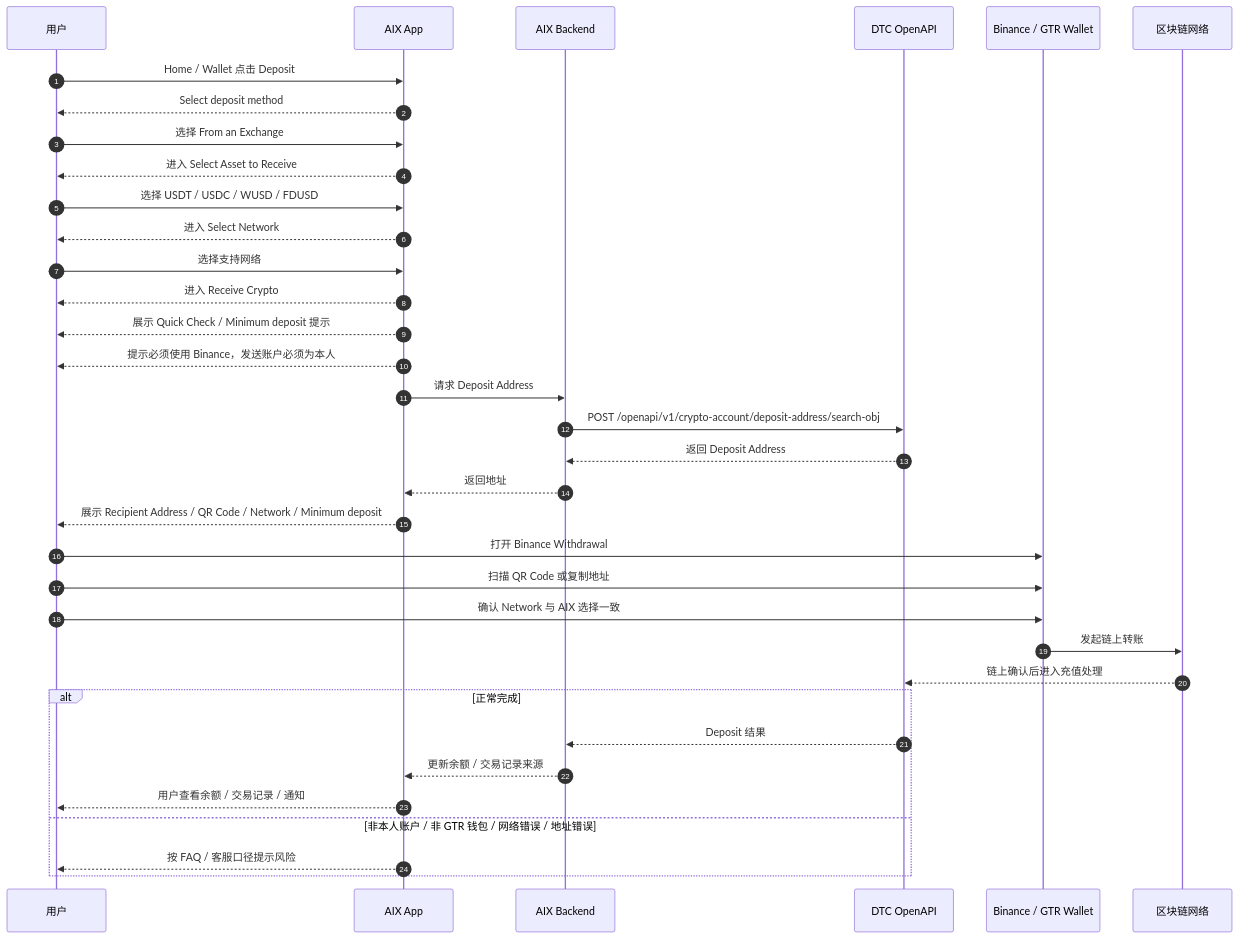
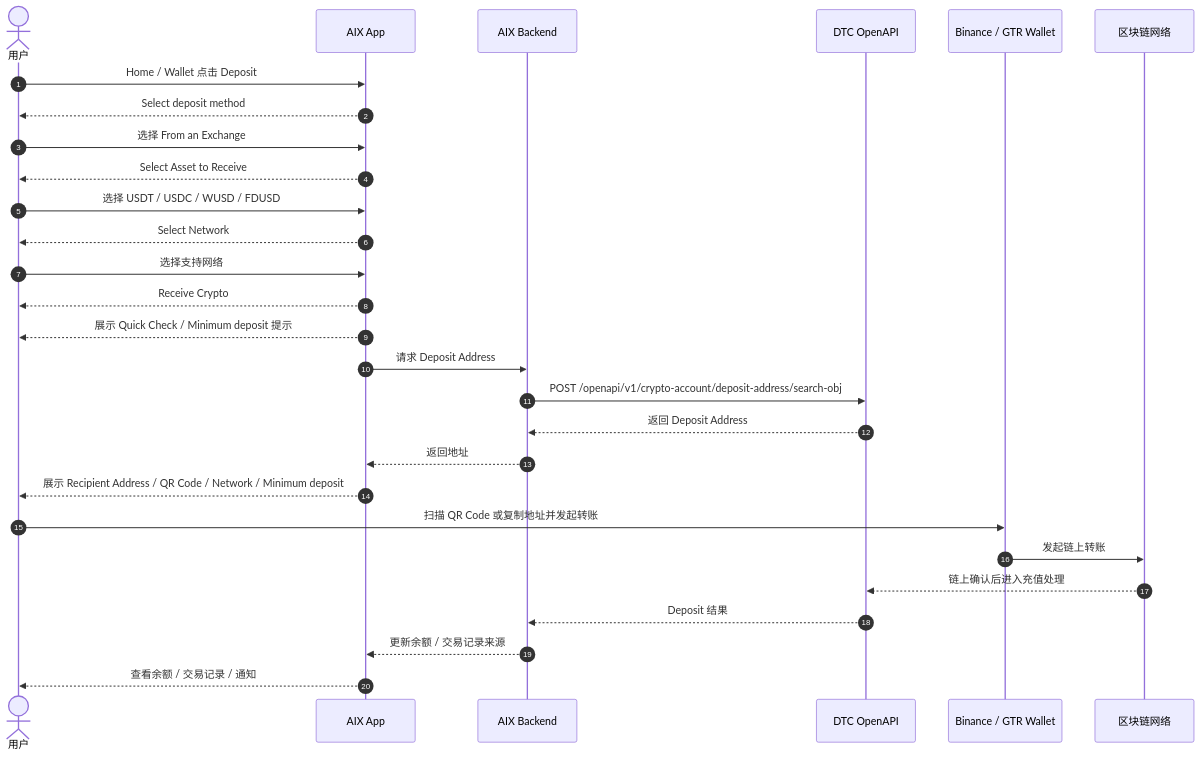
One commit to kelvin381539960-cyber/prd-for-ai changed the first of 3 diagrams in knowledge-base/wallet/deposit.md. Above: the diagram before and after it, drawn with Mermaid. The commit also changed other lines of this file, not shown here.

Commit message:
refactor(wallet): align deposit translation with PRD template for GTR and WalletConnect

````diff
--- a/knowledge-base/wallet/deposit.md
+++ b/knowledge-base/wallet/deposit.md
@@ -94,43 +92,31 @@
 ```mermaid
 sequenceDiagram
     autonumber
-
-    participant User as 用户
+    actor User as 用户
     participant App as AIX App
     participant BE as AIX Backend
     participant DTC as DTC OpenAPI
-    participant Binance as Binance / GTR Wallet
+    participant Exchange as Binance / GTR Wallet
     participant Chain as 区块链网络
 
     User->>App: Home / Wallet 点击 Deposit
     App-->>User: Select deposit method
     User->>App: 选择 From an Exchange
-    App-->>User: 进入 Select Asset to Receive
+    App-->>User: Select Asset to Receive
     User->>App: 选择 USDT / USDC / WUSD / FDUSD
-    App-->>User: 进入 Select Network
+    App-->>User: Select Network
     User->>App: 选择支持网络
-
-    App-->>User: 进入 Receive Crypto
+    App-->>User: Receive Crypto
     App-->>User: 展示 Quick Check / Minimum deposit 提示
-    App-->>User: 提示必须使用 Binance，发送账户必须为本人
-
     App->>BE: 请求 Deposit Address
     BE->>DTC: POST /openapi/v1/crypto-account/deposit-address/search-obj
     DTC-->>BE: 返回 Deposit Address
     BE-->>App: 返回地址
     App-->>User: 展示 Recipient Address / QR Code / Network / Minimum deposit
-
-    User->>Binance: 打开 Binance Withdrawal
-    User->>Binance: 扫描 QR Code 或复制地址
-    User->>Binance: 确认 Network 与 AIX 选择一致
-    Binance->>Chain: 发起链上转账
+    User->>Exchange: 扫描 QR Code 或复制地址并发起转账
+    Exchange->>Chain: 发起链上转账
     Chain-->>DTC: 链上确认后进入充值处理
-
-    alt 正常完成
-        DTC-->>BE: Deposit 结果
-        BE-->>App: 更新余额 / 交易记录来源
-        App-->>User: 用户查看余额 / 交易记录 / 通知
-    else 非本人账户 / 非 GTR 钱包 / 网络错误 / 地址错误
-        App-->>User: 按 FAQ / 客服口径提示风险
-    end
+    DTC-->>BE: Deposit 结果
+    BE-->>App: 更新余额 / 交易记录来源
+    App-->>User: 查看余额 / 交易记录 / 通知
 ```
````
